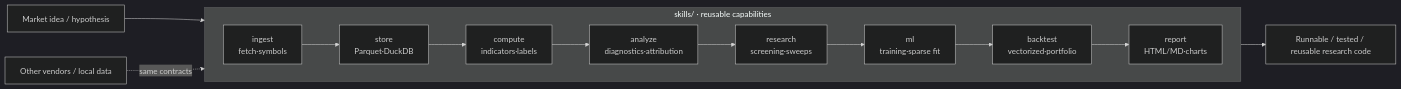
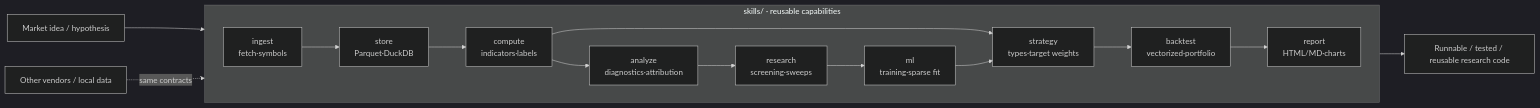
The diagram in README.en.md (quantskills/agent-quantspace), drawn with Mermaid (dark theme) before and after one commit. The commit also changed other lines of this file and 157 other files, not shown here.

````diff
--- a/README.en.md
+++ b/README.en.md
@@ -45,16 +46,18 @@
 ```mermaid
 flowchart LR
     idea["Market idea / hypothesis"] --> ingest
     subgraph skills["skills/ · reusable capabilities"]
         direction LR
         ingest["ingest<br/>fetch·symbols"] --> store["store<br/>Parquet·DuckDB"]
         store --> compute["compute<br/>indicators·labels"]
         compute --> analyze["analyze<br/>diagnostics·attribution"]
         analyze --> research["research<br/>screening·sweeps"]
         research --> ml["ml<br/>training·sparse fit"]
-        ml --> backtest["backtest<br/>vectorized·portfolio"]
+        compute --> strategy["strategy<br/>types·target weights"]
+        ml --> strategy
+        strategy --> backtest["backtest<br/>vectorized·portfolio"]
         backtest --> report["report<br/>HTML/MD·charts"]
     end
     report --> out["Runnable / tested / reusable research code"]
     vendor["Other vendors / local data"] -. same contracts .-> ingest
 ```
````
